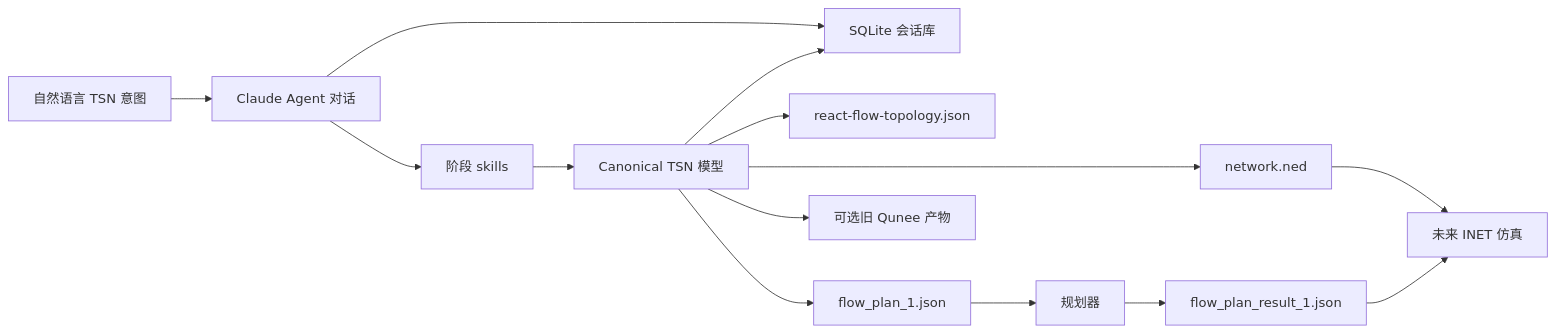
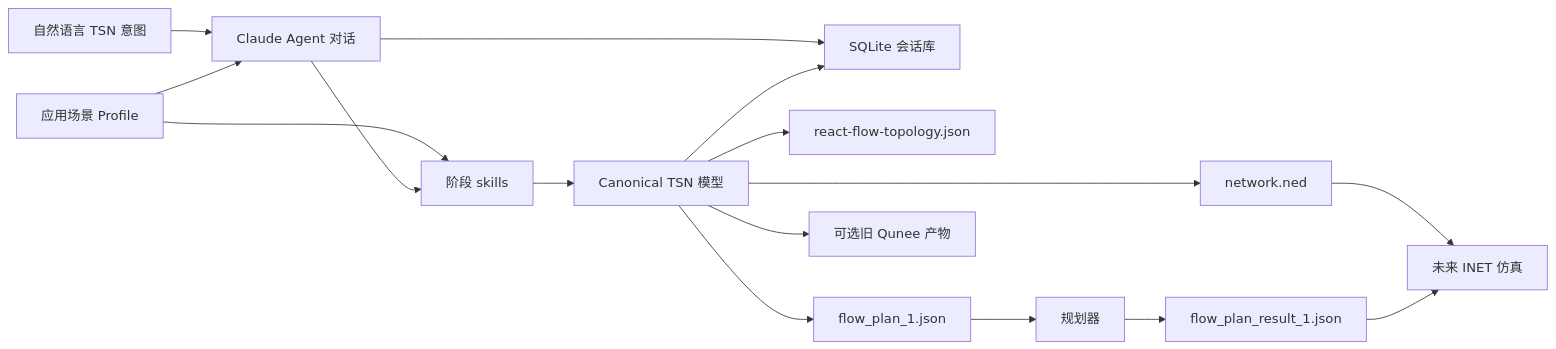
The diagram in docs/brainstorms/2026-05-20-tsn-agent-tauri-ned-requirements.md (jarbozhang/tsn-agent), drawn with Mermaid before and after one commit. The commit also changed other lines of this file and 21 other files, not shown here.

````diff
--- a/docs/brainstorms/2026-05-20-tsn-agent-tauri-ned-requirements.md
+++ b/docs/brainstorms/2026-05-20-tsn-agent-tauri-ned-requirements.md
@@ -176,16 +221,18 @@
 ```mermaid
 flowchart LR
     A[自然语言 TSN 意图] --> B[Claude Agent 对话]
-    B --> C[阶段 skills]
+    P[应用场景 Profile] --> B
+    P --> C[阶段 skills]
+    B --> C
     C --> D[Canonical TSN 模型]
     B --> L[SQLite 会话库]
     D --> L
     D --> E[network.ned]
     D --> F[react-flow-topology.json]
     D --> G[flow_plan_1.json]
     D --> H[可选旧 Qunee 产物]
     G --> I[规划器]
     I --> J[flow_plan_result_1.json]
     E --> K[未来 INET 仿真]
     J --> K
 ```
````
